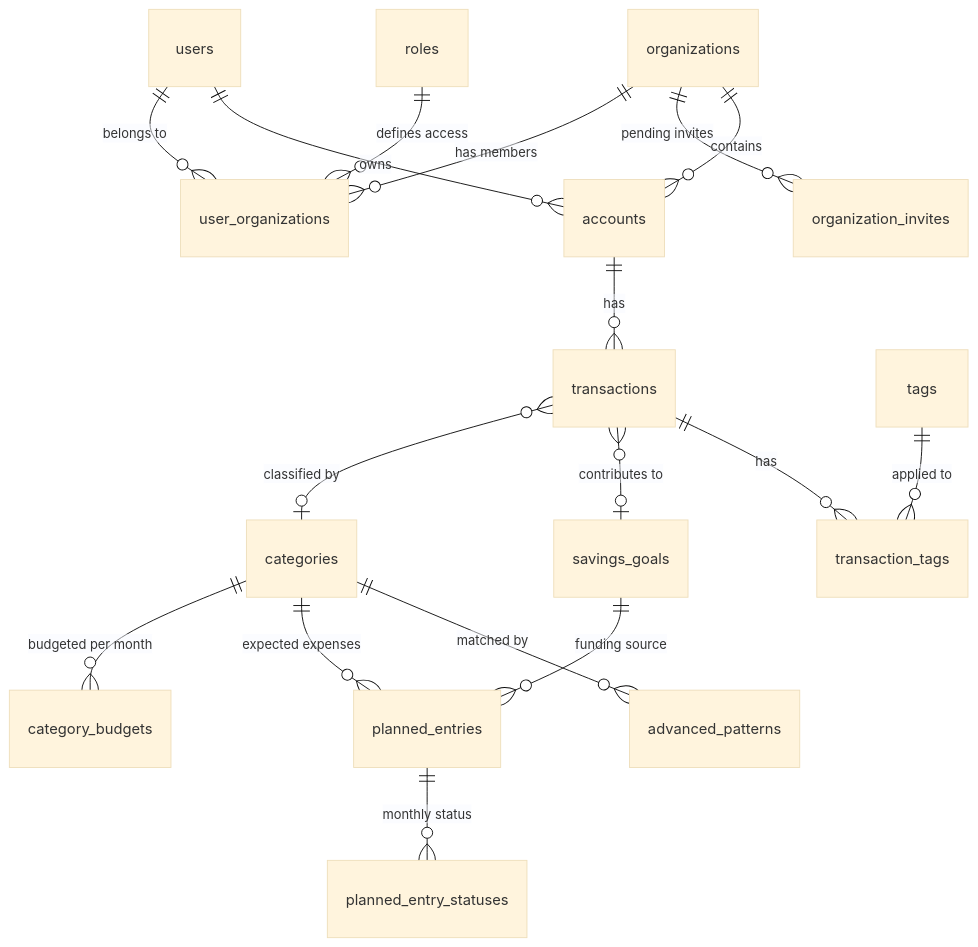
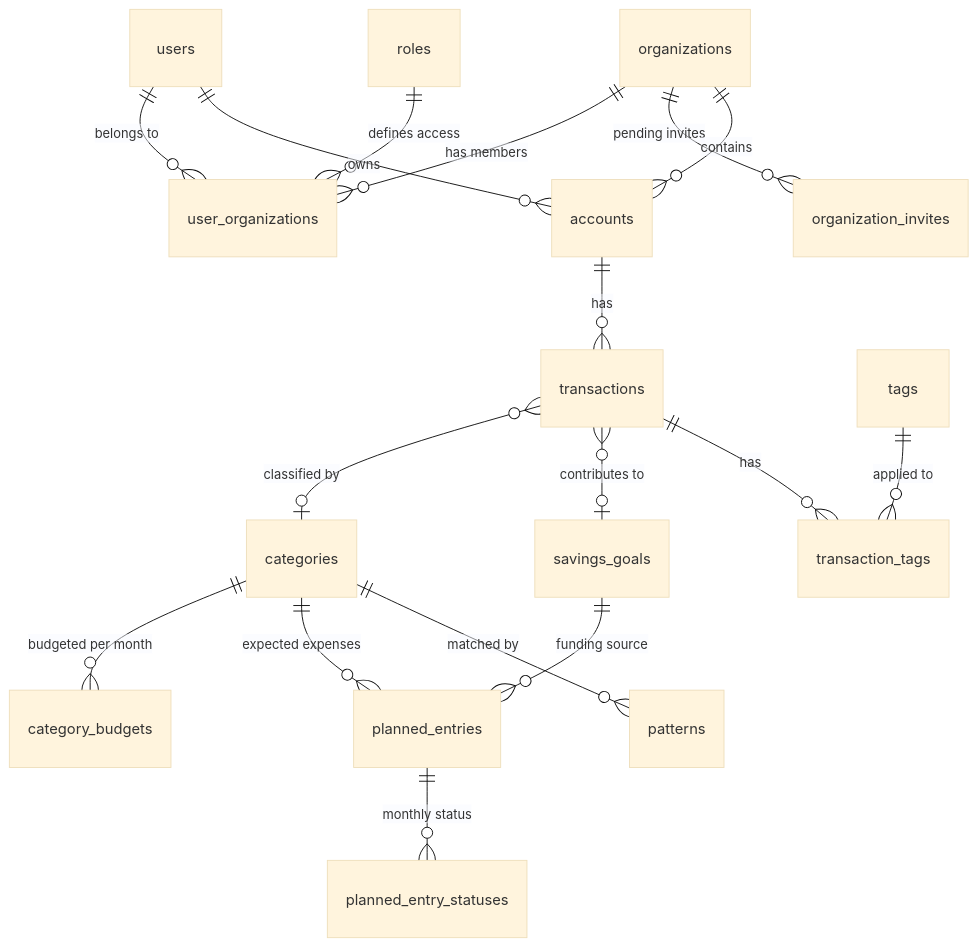
Before and after one commit to lucastamoios/celeiro: the diagram in docs/database.md, drawn with Mermaid (base theme). The commit also changed other lines of this file and 8 other files, not shown here.

````diff
--- a/docs/database.md
+++ b/docs/database.md
@@ -29,23 +29,23 @@
 ```mermaid
 erDiagram
     users ||--o{ user_organizations : "belongs to"
     organizations ||--o{ user_organizations : "has members"
     organizations ||--o{ organization_invites : "pending invites"
     roles ||--o{ user_organizations : "defines access"
 
     users ||--o{ accounts : owns
     organizations ||--o{ accounts : contains
     accounts ||--o{ transactions : has
 
     transactions }o--o| categories : "classified by"
     transactions }o--o| savings_goals : "contributes to"
     transactions ||--o{ transaction_tags : has
     tags ||--o{ transaction_tags : "applied to"
 
     categories ||--o{ category_budgets : "budgeted per month"
     categories ||--o{ planned_entries : "expected expenses"
-    categories ||--o{ advanced_patterns : "matched by"
+    categories ||--o{ patterns : "matched by"
 
     planned_entries ||--o{ planned_entry_statuses : "monthly status"
     savings_goals ||--o{ planned_entries : "funding source"
 ```
````
